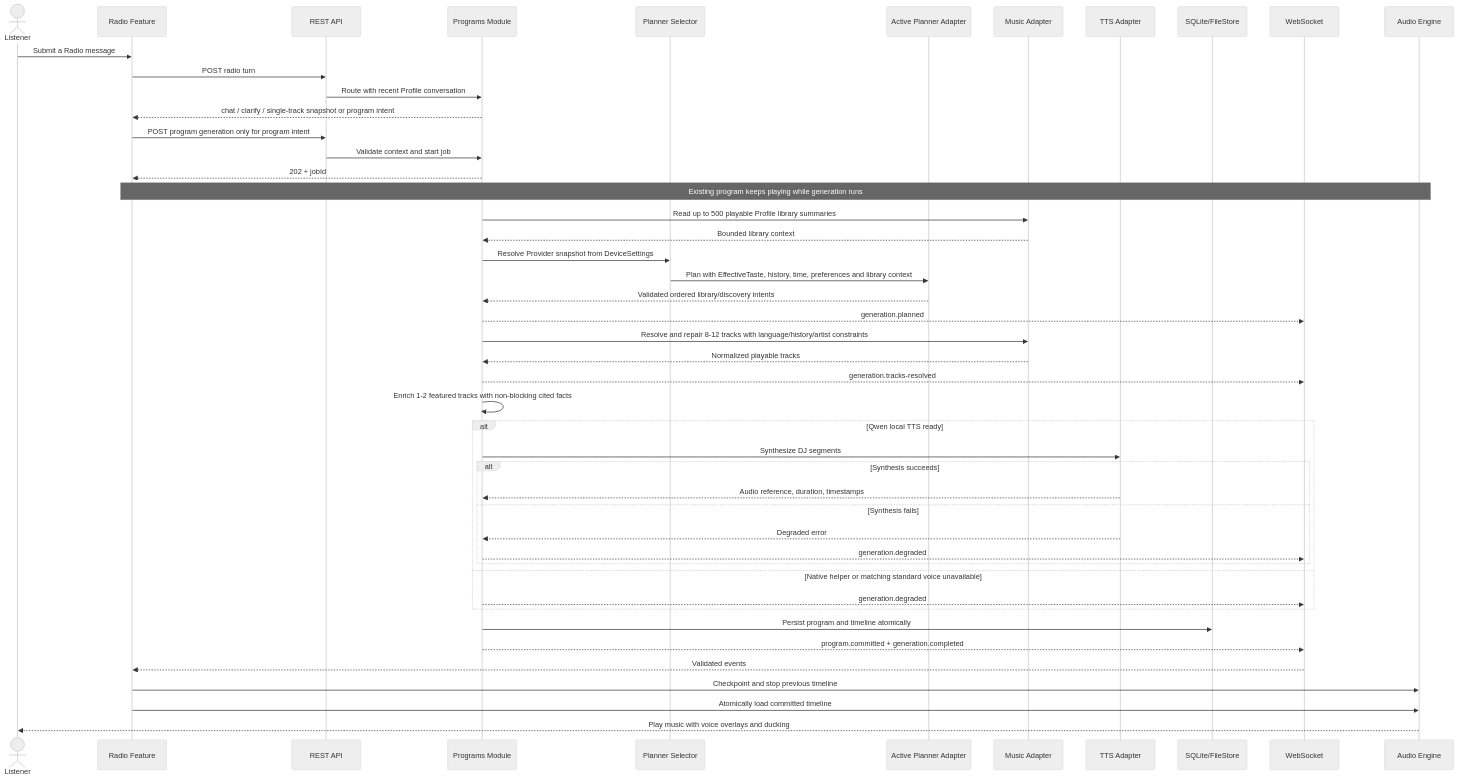
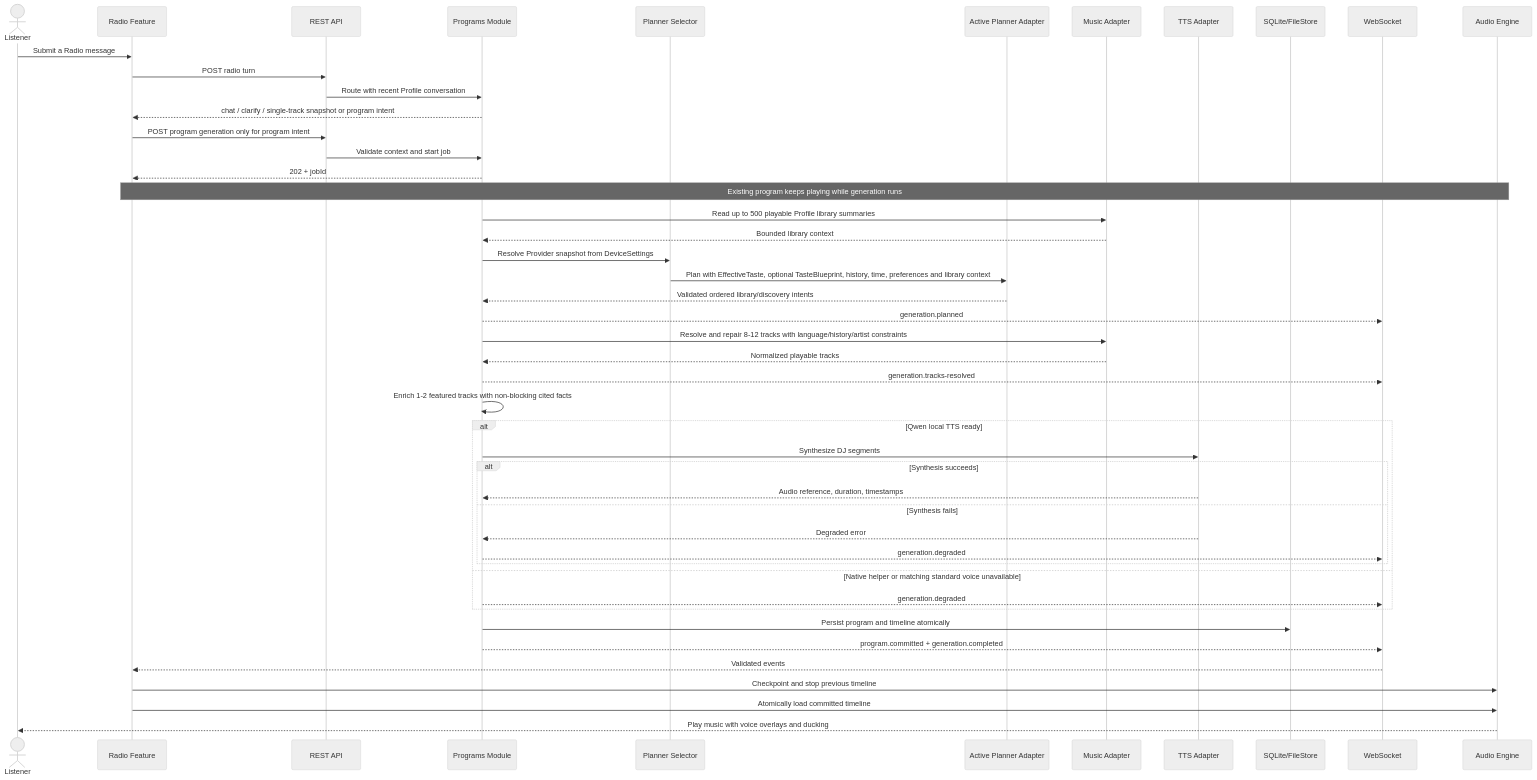
The third of 8 diagrams in architecture.md (komochi007/koradio), drawn with Mermaid (neutral theme) before and after one commit. The commit also changed other lines of this file and 40 other files, not shown here.

Commit message:
feat(UX-13): add Taste Blueprint learning reset

````diff
--- a/architecture.md
+++ b/architecture.md
@@ -132,49 +132,49 @@
 ```mermaid
 sequenceDiagram
     actor U as Listener
     participant W as Radio Feature
     participant A as REST API
     participant P as Programs Module
     participant S as Planner Selector
     participant C as Active Planner Adapter
     participant M as Music Adapter
     participant T as TTS Adapter
     participant D as SQLite/FileStore
     participant E as WebSocket
     participant X as Audio Engine
     U->>W: Submit a Radio message
     W->>A: POST radio turn
     A->>P: Route with recent Profile conversation
     P-->>W: chat / clarify / single-track snapshot or program intent
     W->>A: POST program generation only for program intent
     A->>P: Validate context and start job
     P-->>W: 202 + jobId
     Note over W,X: Existing program keeps playing while generation runs
     P->>M: Read up to 500 playable Profile library summaries
     M-->>P: Bounded library context
     P->>S: Resolve Provider snapshot from DeviceSettings
-    S->>C: Plan with EffectiveTaste, history, time, preferences and library context
+    S->>C: Plan with EffectiveTaste, optional TasteBlueprint, history, time, preferences and library context
     C-->>P: Validated ordered library/discovery intents
     P-->>E: generation.planned
     P->>M: Resolve and repair 8-12 tracks with language/history/artist constraints
     M-->>P: Normalized playable tracks
     P-->>E: generation.tracks-resolved
     P->>P: Enrich 1-2 featured tracks with non-blocking cited facts
     alt Qwen local TTS ready
         P->>T: Synthesize DJ segments
         alt Synthesis succeeds
             T-->>P: Audio reference, duration, timestamps
         else Synthesis fails
             T-->>P: Degraded error
             P-->>E: generation.degraded
         end
     else Native helper or matching standard voice unavailable
         P-->>E: generation.degraded
     end
     P->>D: Persist program and timeline atomically
     P-->>E: program.committed + generation.completed
     E-->>W: Validated events
     W->>X: Checkpoint and stop previous timeline
     W->>X: Atomically load committed timeline
     X-->>U: Play music with voice overlays and ducking
 ```
````
